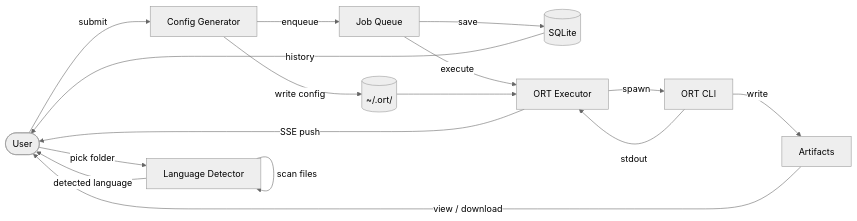
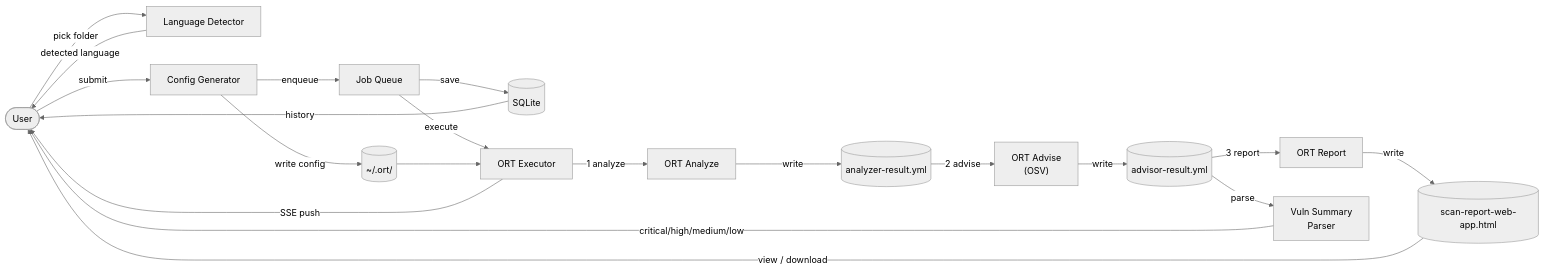
Before and after one commit to tnvinh2711/ort-web: the fourth of 5 diagrams in DIAGRAMS.md, drawn with Mermaid (neutral theme). The commit also changed other lines of this file, not shown here.

First line of the commit message:
docs: update diagrams to reflect analyze → advise → report pipeline

````diff
--- a/DIAGRAMS.md
+++ b/DIAGRAMS.md
@@ -88,23 +97,31 @@
 ```mermaid
 flowchart LR
     User(["User"])
 
     User -->|"pick folder"| LD["Language Detector"]
-    LD -->|"scan files"| LD
     LD -->|"detected language"| User
 
     User -->|"submit"| CG["Config Generator"]
     CG -->|"write config"| OrtCfg[("~/.ort/")]
     CG -->|"enqueue"| JQ["Job Queue"]
 
     JQ -->|"save"| DB[("SQLite")]
     JQ -->|"execute"| OE["ORT Executor"]
     OrtCfg --> OE
-    OE -->|"spawn"| ORT["ORT CLI"]
-    ORT -->|"stdout"| OE
     OE -->|"SSE push"| User
-    ORT -->|"write"| ART["Artifacts"]
+
+    OE -->|"1 analyze"| AN["ORT Analyze"]
+    AN -->|"write"| AR[("analyzer-result.yml")]
+
+    AR -->|"2 advise"| ADV["ORT Advise\n(OSV)"]
+    ADV -->|"write"| VR[("advisor-result.yml")]
+
+    VR -->|"3 report"| RPT["ORT Report"]
+    RPT -->|"write"| WA[("scan-report-web-app.html")]
+
+    VR -->|"parse"| VS["Vuln Summary\nParser"]
+    VS -->|"critical/high/medium/low"| User
 
     DB -->|"history"| User
-    ART -->|"view / download"| User
+    WA -->|"view / download"| User
 ```
````
